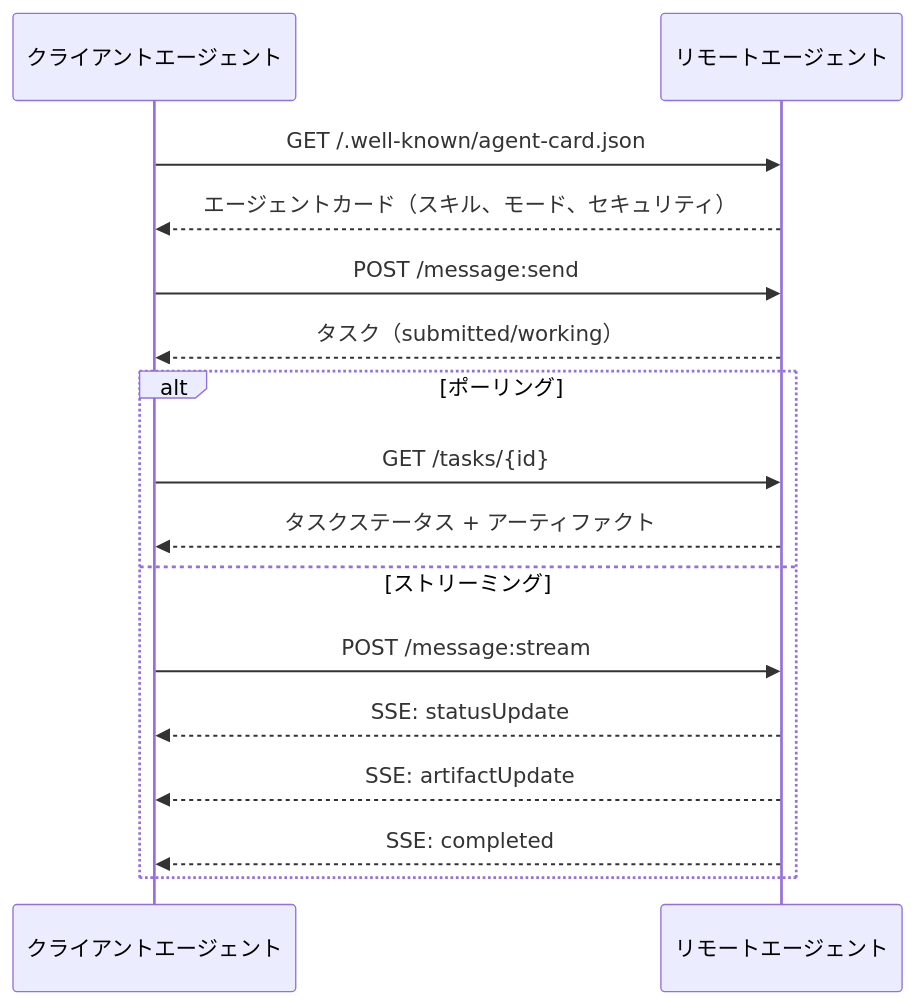
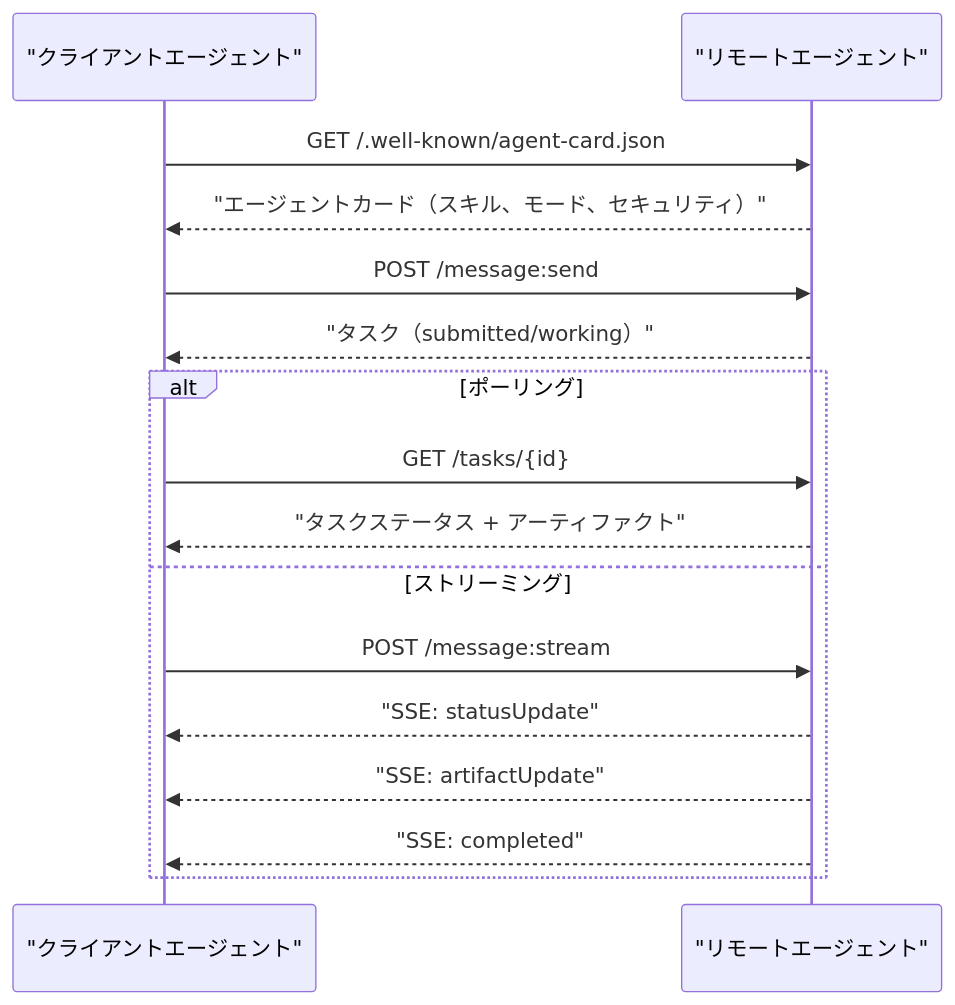
One commit to shoshoshomen/synapse-academy changed the third of 13 diagrams in content/phases/16-multi-agent-and-swarms/03-communication-protocols/lesson.ja.md. Above: the diagram before and after it, drawn with Mermaid. The commit also changed other lines of this file and 124 other files, not shown here.

First line of the commit message:
feat(i18n): mermaid図のラベルを日本語化(194レッスン/374図)

````diff
--- a/content/phases/16-multi-agent-and-swarms/03-communication-protocols/lesson.ja.md
+++ b/content/phases/16-multi-agent-and-swarms/03-communication-protocols/lesson.ja.md
@@ -78,21 +78,21 @@
 ```mermaid
 sequenceDiagram
-    participant Client as クライアントエージェント
-    participant Remote as リモートエージェント
+    participant Client as "クライアントエージェント"
+    participant Remote as "リモートエージェント"
 
     Client->>Remote: GET /.well-known/agent-card.json
-    Remote-->>Client: エージェントカード（スキル、モード、セキュリティ）
+    Remote-->>Client: "エージェントカード（スキル、モード、セキュリティ）"
 
     Client->>Remote: POST /message:send
-    Remote-->>Client: タスク（submitted/working）
+    Remote-->>Client: "タスク（submitted/working）"
 
     alt ポーリング
         Client->>Remote: GET /tasks/{id}
-        Remote-->>Client: タスクステータス + アーティファクト
+        Remote-->>Client: "タスクステータス + アーティファクト"
     else ストリーミング
         Client->>Remote: POST /message:stream
-        Remote-->>Client: SSE: statusUpdate
-        Remote-->>Client: SSE: artifactUpdate
-        Remote-->>Client: SSE: completed
+        Remote-->>Client: "SSE: statusUpdate"
+        Remote-->>Client: "SSE: artifactUpdate"
+        Remote-->>Client: "SSE: completed"
     end
 ```
````
